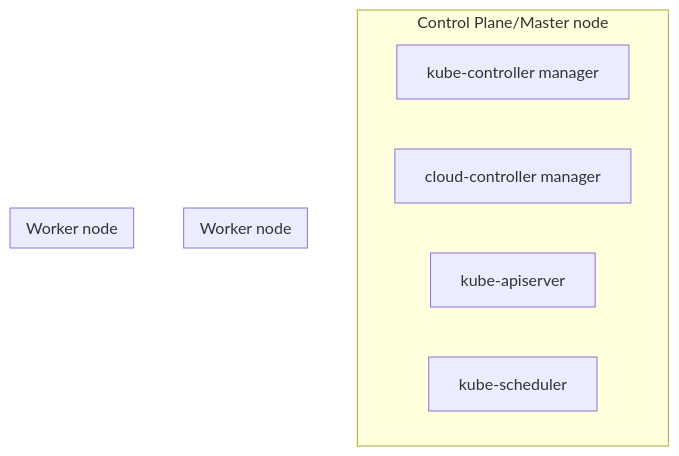
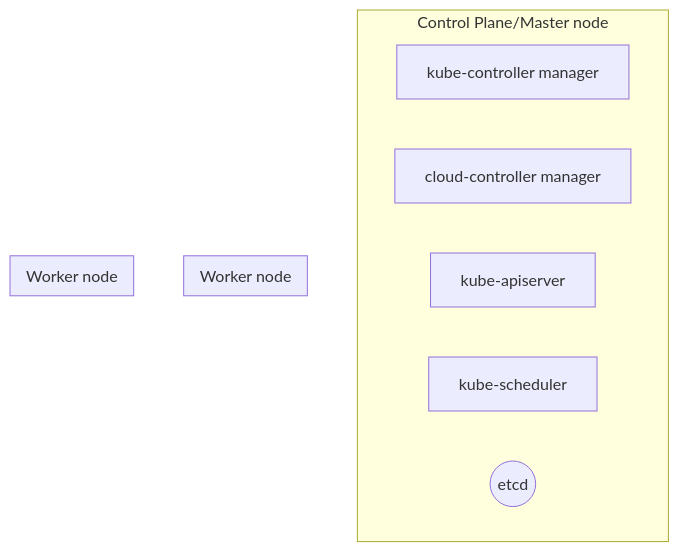
Before and after one commit to pratshield/docker-kubernetes: the diagram in kubernetes/nodes.md, drawn with Mermaid.

````diff
--- a/kubernetes/nodes.md
+++ b/kubernetes/nodes.md
@@ -9,13 +9,14 @@
 ```mermaid
 flowchart TB
   subgraph "Control Plane/Master node"
   A[kube-controller manager]
   B[cloud-controller manager]
   C[kube-apiserver]
   D[kube-scheduler]
+  E((etcd))
   end
   subgraph "Worker node"
   end
   subgraph "Worker node"
   end
 ```
````
